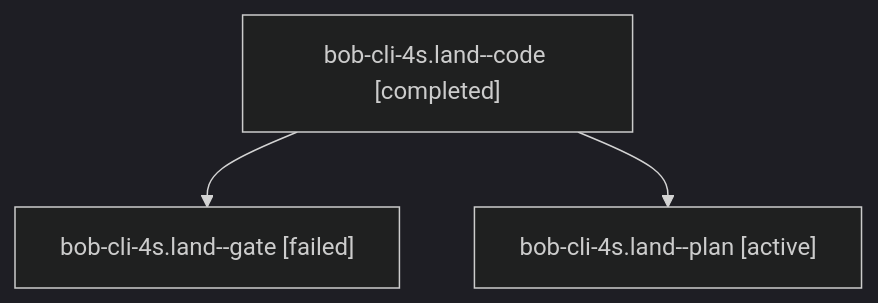
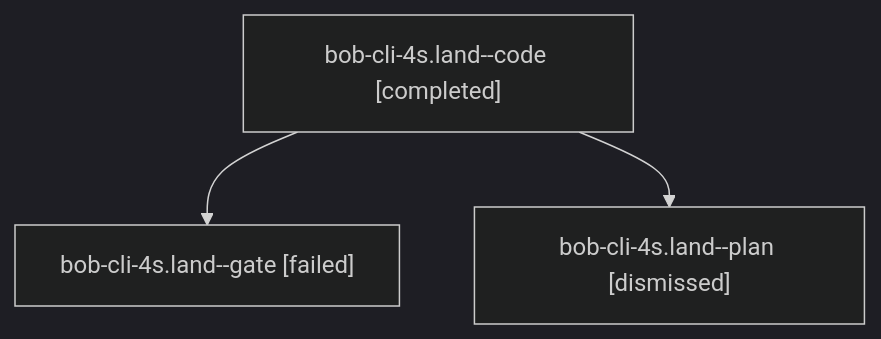
The diagram in sessions/bbugyi200.athena.bob-cli-4s.land.md (bobs-org/bob-cli--agents), drawn with Mermaid (dark theme) before and after one commit. The commit also changed other lines of this file and 33 other files, not shown here.

````diff
--- a/sessions/bbugyi200.athena.bob-cli-4s.land.md
+++ b/sessions/bbugyi200.athena.bob-cli-4s.land.md
@@ -9,8 +9,8 @@
 ```mermaid
 flowchart TD
   n0["bob-cli-4s.land--code [completed]"]
   n1["bob-cli-4s.land--gate [failed]"]
   n0 --> n1
-  n2["bob-cli-4s.land--plan [active]"]
+  n2["bob-cli-4s.land--plan [dismissed]"]
   n0 --> n2
 ```
````
